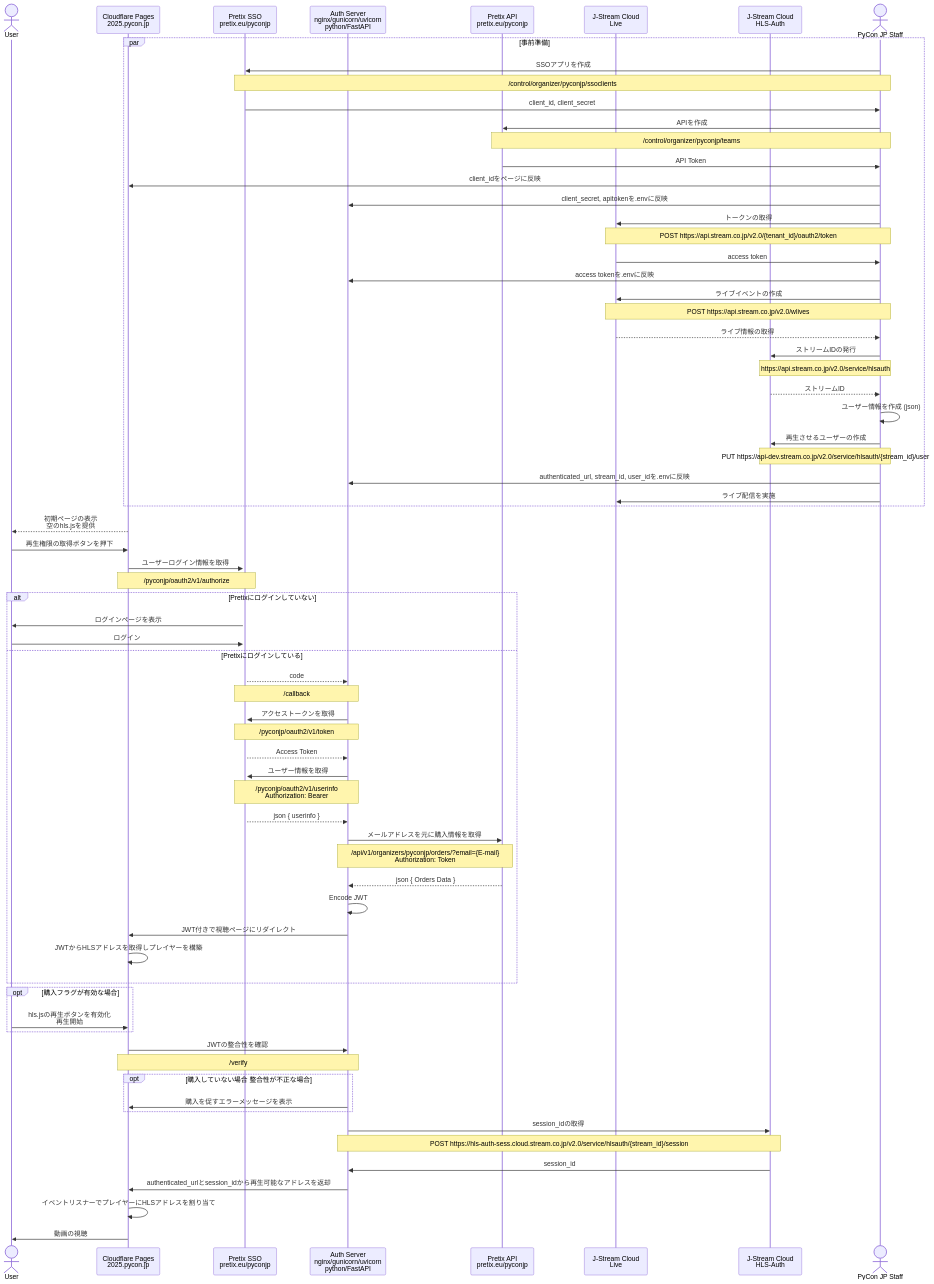
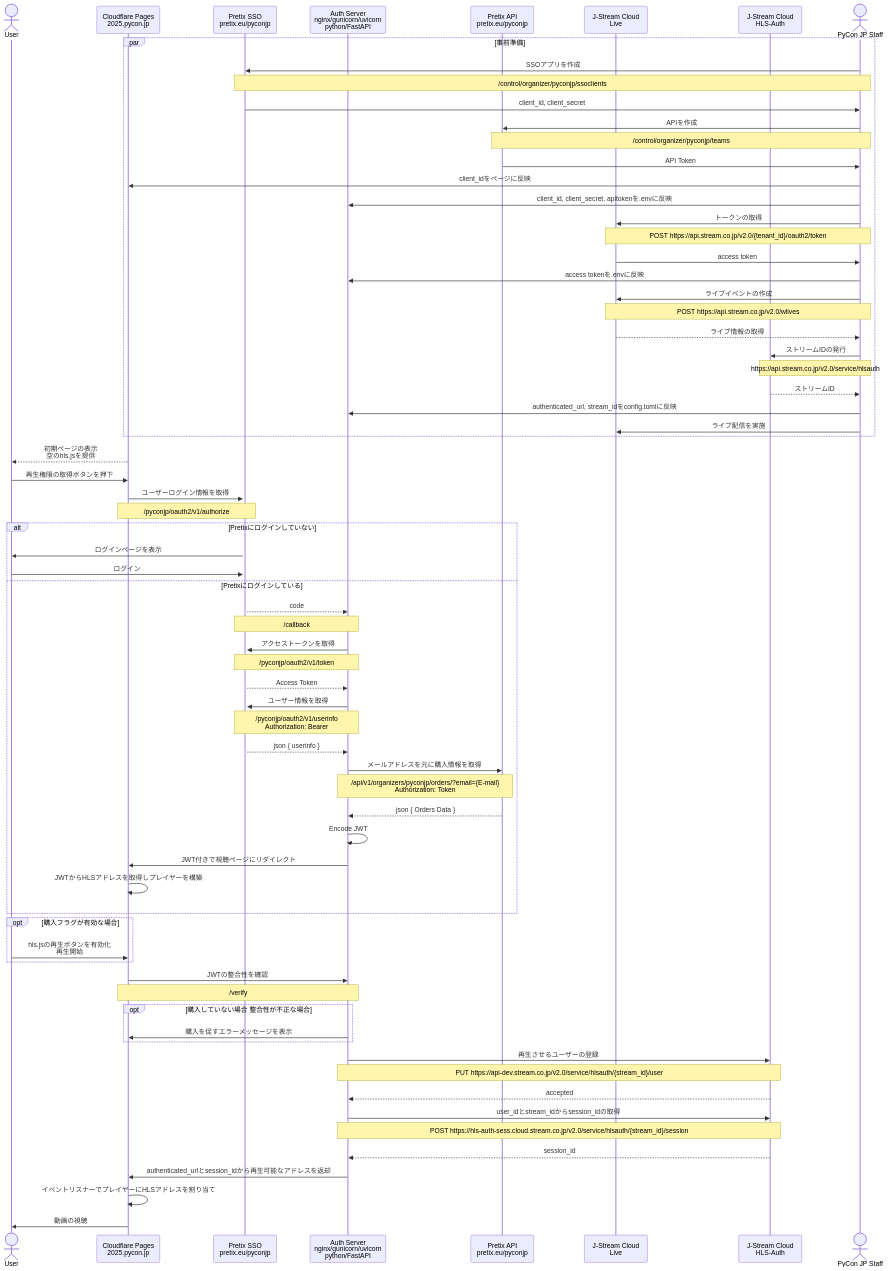
Before and after one commit to takashi74/key_ticket_system: the diagram in README.md, drawn with Mermaid. The commit also changed other lines of this file and 3 other files, not shown here.

````diff
--- a/README.md
+++ b/README.md
@@ -48,78 +48,75 @@
 ```mermaid
 sequenceDiagram
     actor U as User
     participant A as Cloudflare Pages<br>2025.pycon.jp
     participant B as Pretix SSO<br>pretix.eu/pyconjp
     participant D as Auth Server<br>nginx/gunicorn/uvicorn<br>python/FastAPI
     participant C as Pretix API<br>pretix.eu/pyconjp
     participant I as J-Stream Cloud<br>Live
     participant J as J-Stream Cloud<br>HLS-Auth
     actor P as PyCon JP Staff
 
     par 事前準備
         P->>B: SSOアプリを作成
         Note over P,B: /control/organizer/pyconjp/ssoclients
         B->>P: client_id, client_secret
         P->>C: APIを作成
         Note over P,C: /control/organizer/pyconjp/teams
         C->>P: API Token
         P->>A: client_idをページに反映
-        P->>D: client_secret, apitokenを.envに反映
-
+        P->>D: client_id, client_secret, apitokenを.envに反映
         P->>I: トークンの取得
         Note over P,I: POST https://api.stream.co.jp/v2.0/{tenant_id}/oauth2/token
         I->>P: access token
         P->>D: access tokenを.envに反映
         P->>I: ライブイベントの作成
         Note over P,I: POST https://api.stream.co.jp/v2.0/wlives
         I-->>P: ライブ情報の取得
-
         P->>J: ストリームIDの発行
         Note over P,J: https://api.stream.co.jp/v2.0/service/hlsauth
         J-->>P: ストリームID
-
-        P->>P: ユーザー情報を作成 (json)
-        P->>J: 再生させるユーザーの作成
-        Note over P,J: PUT https://api-dev.stream.co.jp/v2.0/service/hlsauth/{stream_id}/user
-        P->>D: authenticated_url, stream_id, user_idを.envに反映
+        P->>D: authenticated_url, stream_idをconfig.tomlに反映
 
         P->>I: ライブ配信を実施
     end
     A-->>U: 初期ページの表示<br>空のhls.jsを提供
     U->>A: 再生権限の取得ボタンを押下
     A->>+B: ユーザーログイン情報を取得
     Note over A,B: /pyconjp/oauth2/v1/authorize
     alt Pretixにログインしていない
     B->>U: ログインページを表示
     U->>B: ログイン
     else Pretixにログインしている
     B-->>D: code
     Note over B,D: /callback
     D->>B: アクセストークンを取得
     Note over B,D: /pyconjp/oauth2/v1/token
     B-->>D: Access Token
     D->>B: ユーザー情報を取得
     Note over B,D: /pyconjp/oauth2/v1/userinfo<br>Authorization: Bearer
     B-->>D: json { userinfo }
     D->>C: メールアドレスを元に購入情報を取得
     Note over C,D: /api/v1/organizers/pyconjp/orders/?email={E-mail}<br>Authorization: Token
     C-->>D: json { Orders Data }
     D->>D: Encode JWT
     D->>A: JWT付きで視聴ページにリダイレクト
     A->>A: JWTからHLSアドレスを取得しプレイヤーを構築
     end
     opt 購入フラグが有効な場合
     U->>A: hls.jsの再生ボタンを有効化<br>再生開始
     end
     A->>D: JWTの整合性を確認
     Note over A,D: /verify
     opt 購入していない場合 整合性が不正な場合
     D->>A: 購入を促すエラーメッセージを表示
     end
-    D->>J: session_idの取得
+    D->>J: 再生させるユーザーの登録
+    Note over D,J: PUT https://api-dev.stream.co.jp/v2.0/service/hlsauth/{stream_id}/user
+    J-->>D: accepted
+    D->>J: user_idとstream_idからsession_idの取得
     Note over D,J:POST https://hls-auth-sess.cloud.stream.co.jp/v2.0/service/hlsauth/{stream_id}/session
-    J->>D: session_id
+    J-->>D: session_id
     D->>A: authenticated_urlとsession_idから再生可能なアドレスを返却
     A->>A: イベントリスナーでプレイヤーにHLSアドレスを割り当て
     A->>U: 動画の視聴
 ```
````
